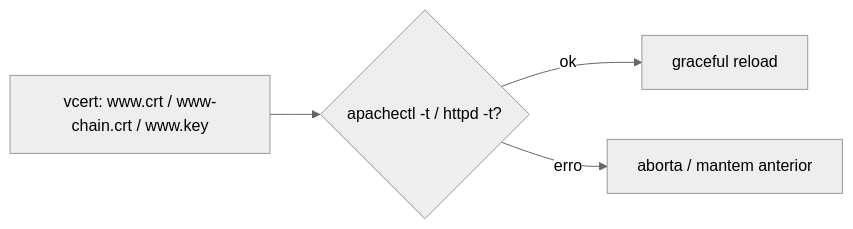
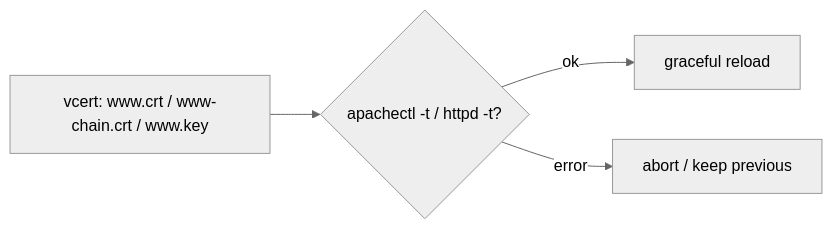
One commit to aslancarlos/vcert-examples changed the fourth of 10 diagrams in docs/architecture.md. Above: the diagram before and after it, drawn with Mermaid (neutral theme). The commit also changed other lines of this file and 35 other files, not shown here.

````diff
--- a/docs/architecture.md
+++ b/docs/architecture.md
@@ -57,6 +57,6 @@
 ```mermaid
 flowchart LR
     V[vcert: www.crt / www-chain.crt / www.key] --> A{apachectl -t / httpd -t?}
     A -- ok --> R[graceful reload]
-    A -- erro --> X[aborta / mantem anterior]
+    A -- error --> X[abort / keep previous]
 ```
````
